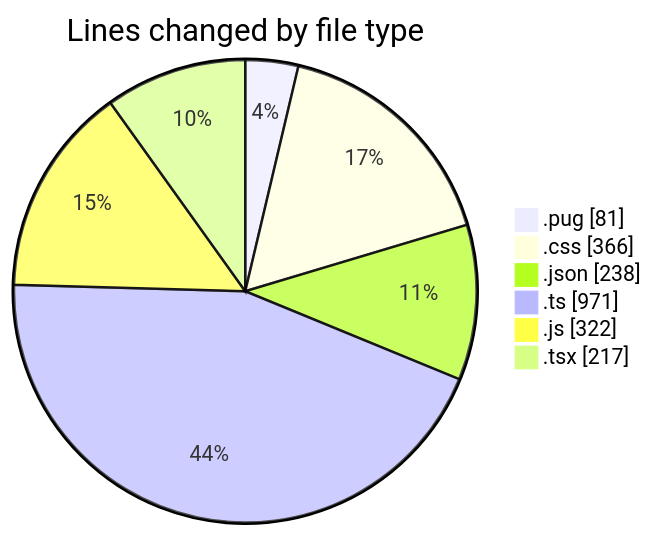
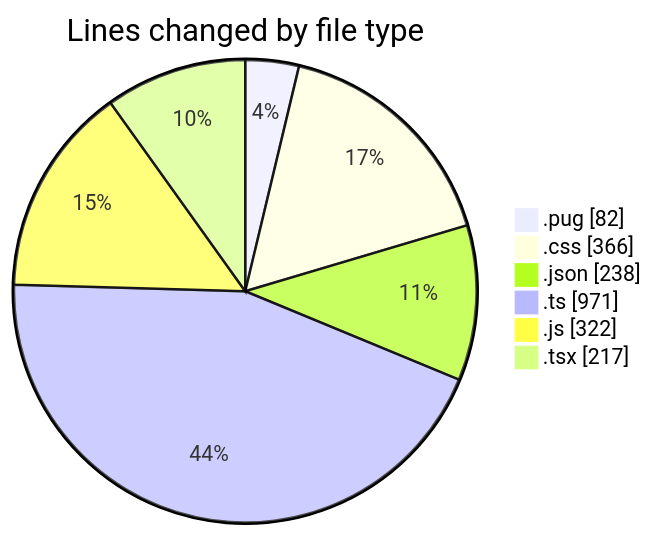
The first of 2 diagrams in 2025-11-05/cda/README.md (momahboobian/code-tracking), drawn with Mermaid before and after one commit. The commit also changed other lines of this file and 1 other file, not shown here.

````diff
--- a/2025-11-05/cda/README.md
+++ b/2025-11-05/cda/README.md
@@ -26,10 +26,10 @@
 ```mermaid
 pie showData
 title Lines changed by file type
-".pug" : 81
+".pug" : 82
 ".css" : 366
 ".json" : 238
 ".ts" : 971
 ".js" : 322
 ".tsx" : 217
 ```
````
